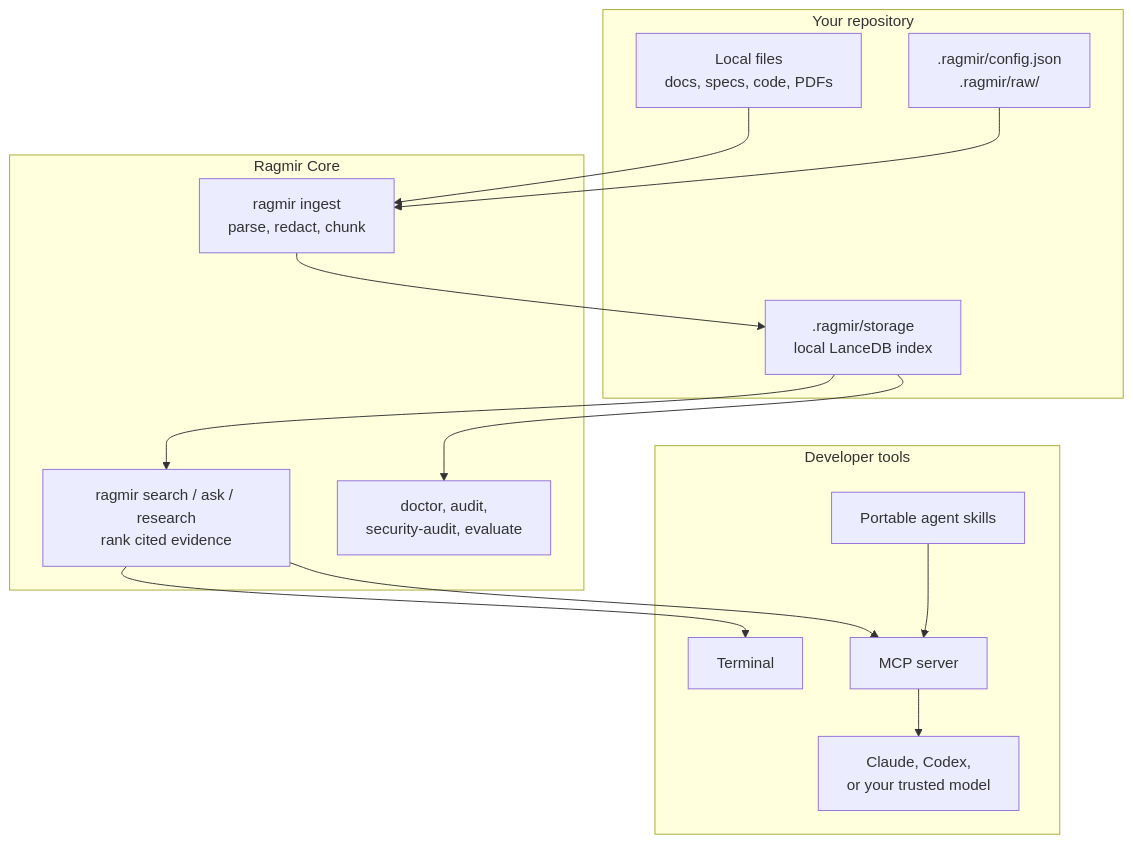
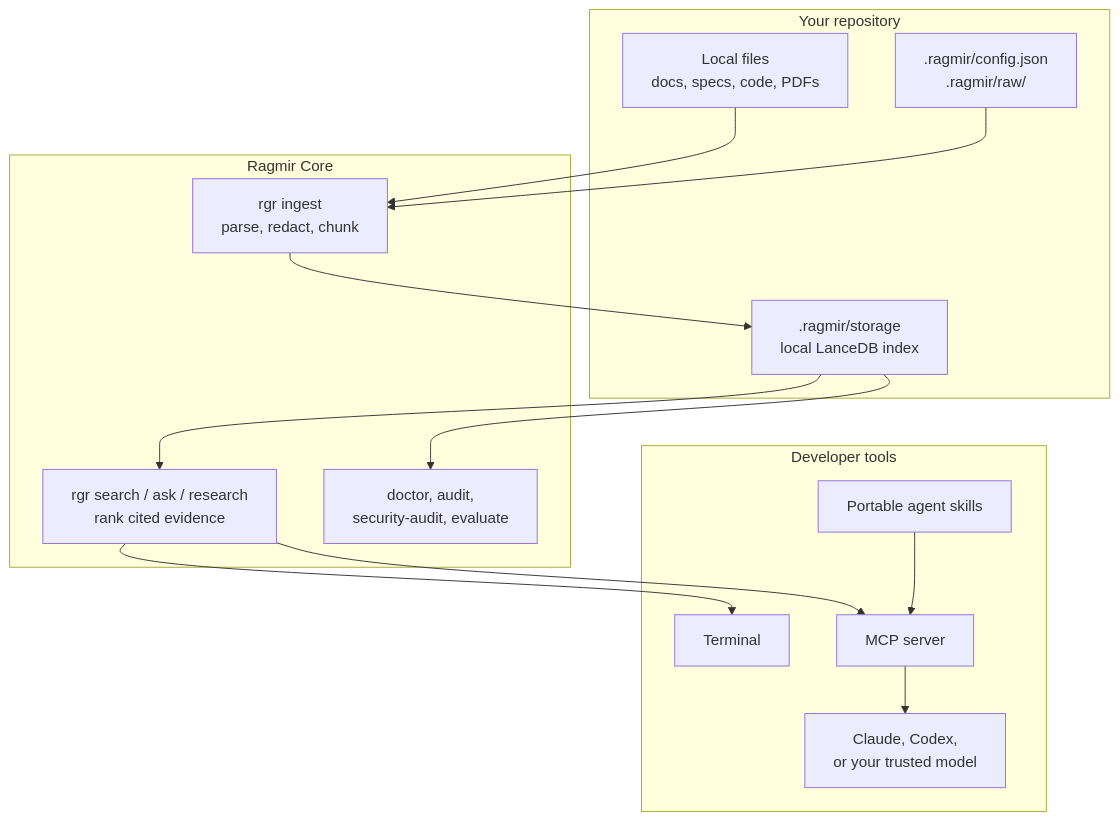
One commit to jcode-works/jcode-ragmir changed the diagram in README.md. Above: the diagram before and after it, drawn with Mermaid. The commit also changed other lines of this file and 26 other files, not shown here.

First line of the commit message:
docs: document rgr migration and release flow

````diff
--- a/README.md
+++ b/README.md
@@ -50,31 +51,31 @@
 ```mermaid
 flowchart TD
   subgraph Workspace["Your repository"]
     Docs["Local files<br/>docs, specs, code, PDFs"]
     Config[".ragmir/config.json<br/>.ragmir/raw/"]
     Index[".ragmir/storage<br/>local LanceDB index"]
   end
 
   subgraph Ragmir["Ragmir Core"]
-    Ingest["ragmir ingest<br/>parse, redact, chunk"]
-    Retrieve["ragmir search / ask / research<br/>rank cited evidence"]
+    Ingest["rgr ingest<br/>parse, redact, chunk"]
+    Retrieve["rgr search / ask / research<br/>rank cited evidence"]
     Audit["doctor, audit,<br/>security-audit, evaluate"]
   end
 
   subgraph Agents["Developer tools"]
     CLI["Terminal"]
     MCP["MCP server"]
     Skills["Portable agent skills"]
     LLM["Claude, Codex,<br/>or your trusted model"]
   end
 
   Docs --> Ingest
   Config --> Ingest
   Ingest --> Index
   Index --> Retrieve
   Index --> Audit
   Retrieve --> CLI
   Retrieve --> MCP
   Skills --> MCP
   MCP --> LLM
 ```
````
